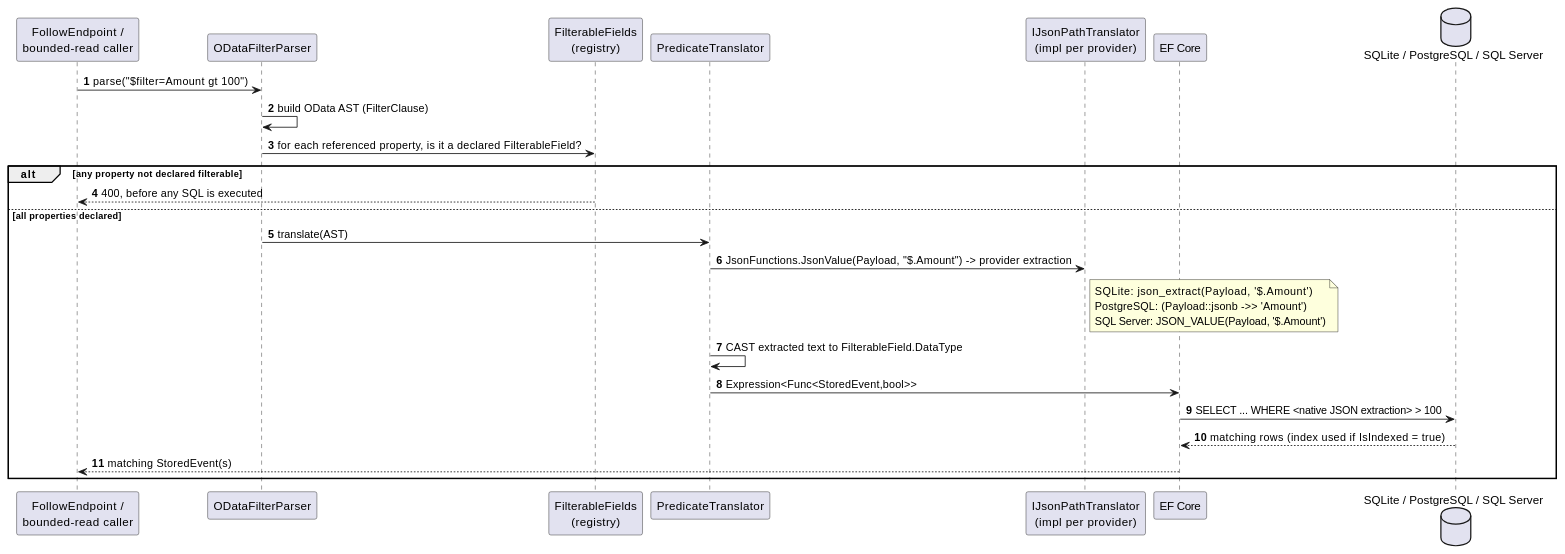
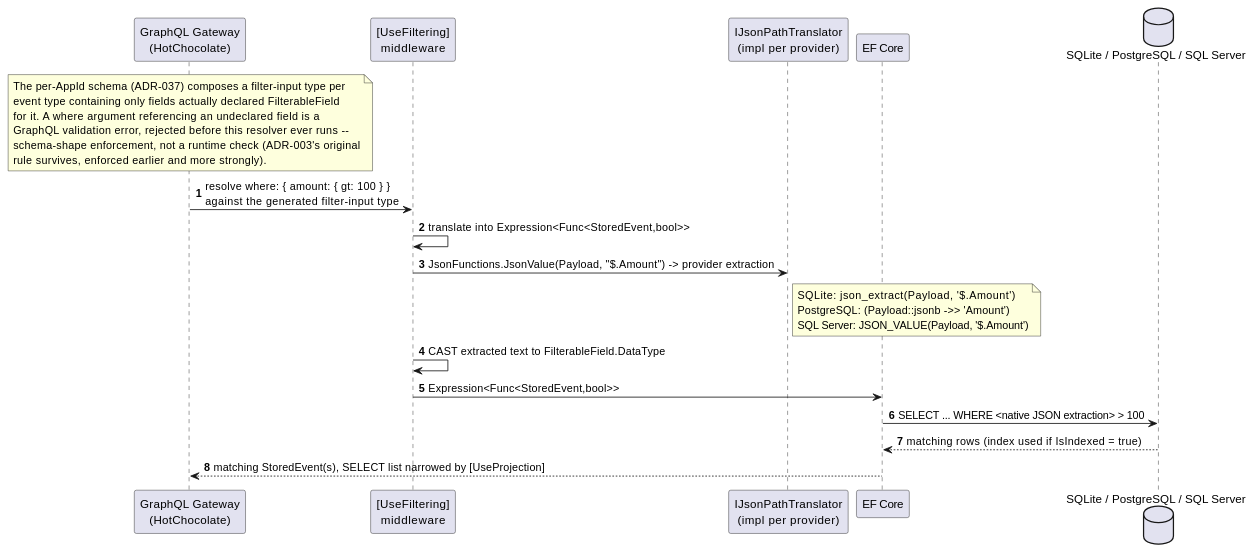
Before and after one commit to Mwwhited-BookLearning/EventSourcing: the first of 2 diagrams in docs/features/filter-pushdown.md, drawn with PlantUML. The commit also changed other lines of this file and 37 other files, not shown here.

````diff
--- a/docs/features/filter-pushdown.md
+++ b/docs/features/filter-pushdown.md
@@ -22,32 +17,33 @@
 ```plantuml
 @startuml FilterPushdown_Sequence
 autonumber
-participant "FollowEndpoint /\nbounded-read caller" as caller
-participant "ODataFilterParser" as parser
-participant "FilterableFields\n(registry)" as fields
-participant "PredicateTranslator" as translator
+participant "GraphQL Gateway\n(HotChocolate)" as gateway
+participant "[UseFiltering]\nmiddleware" as filtering
 participant "IJsonPathTranslator\n(impl per provider)" as jsonPath
 participant "EF Core" as ef
 database "SQLite / PostgreSQL / SQL Server" as db
 
-caller -> parser: parse("$filter=Amount gt 100")
-parser -> parser: build OData AST (FilterClause)
-parser -> fields: for each referenced property, is it a declared FilterableField?
-alt any property not declared filterable
-  fields --> caller: 400, before any SQL is executed
-else all properties declared
-  parser -> translator: translate(AST)
-  translator -> jsonPath: JsonFunctions.JsonValue(Payload, "$.Amount") -> provider extraction
-  note right of jsonPath
-    SQLite:     json_extract(Payload, '$.Amount')
-    PostgreSQL: (Payload::jsonb ->> 'Amount')
-    SQL Server: JSON_VALUE(Payload, '$.Amount')
-  end note
-  translator -> translator: CAST extracted text to FilterableField.DataType
-  translator -> ef: Expression<Func<StoredEvent,bool>>
-  ef -> db: SELECT ... WHERE <native JSON extraction> > 100
-  db --> ef: matching rows (index used if IsIndexed = true)
-  ef --> caller: matching StoredEvent(s)
-end
+note over gateway
+  The per-AppId schema (ADR-037) composes a filter-input type per
+  event type containing only fields actually declared FilterableField
+  for it. A where argument referencing an undeclared field is a
+  GraphQL validation error, rejected before this resolver ever runs --
+  schema-shape enforcement, not a runtime check (ADR-003's original
+  rule survives, enforced earlier and more strongly).
+end note
+
+gateway -> filtering: resolve where: { amount: { gt: 100 } }\nagainst the generated filter-input type
+filtering -> filtering: translate into Expression<Func<StoredEvent,bool>>
+filtering -> jsonPath: JsonFunctions.JsonValue(Payload, "$.Amount") -> provider extraction
+note right of jsonPath
+  SQLite:     json_extract(Payload, '$.Amount')
+  PostgreSQL: (Payload::jsonb ->> 'Amount')
+  SQL Server: JSON_VALUE(Payload, '$.Amount')
+end note
+filtering -> filtering: CAST extracted text to FilterableField.DataType
+filtering -> ef: Expression<Func<StoredEvent,bool>>
+ef -> db: SELECT ... WHERE <native JSON extraction> > 100
+db --> ef: matching rows (index used if IsIndexed = true)
+ef --> gateway: matching StoredEvent(s), SELECT list narrowed by [UseProjection]
 @enduml
 ```
````
